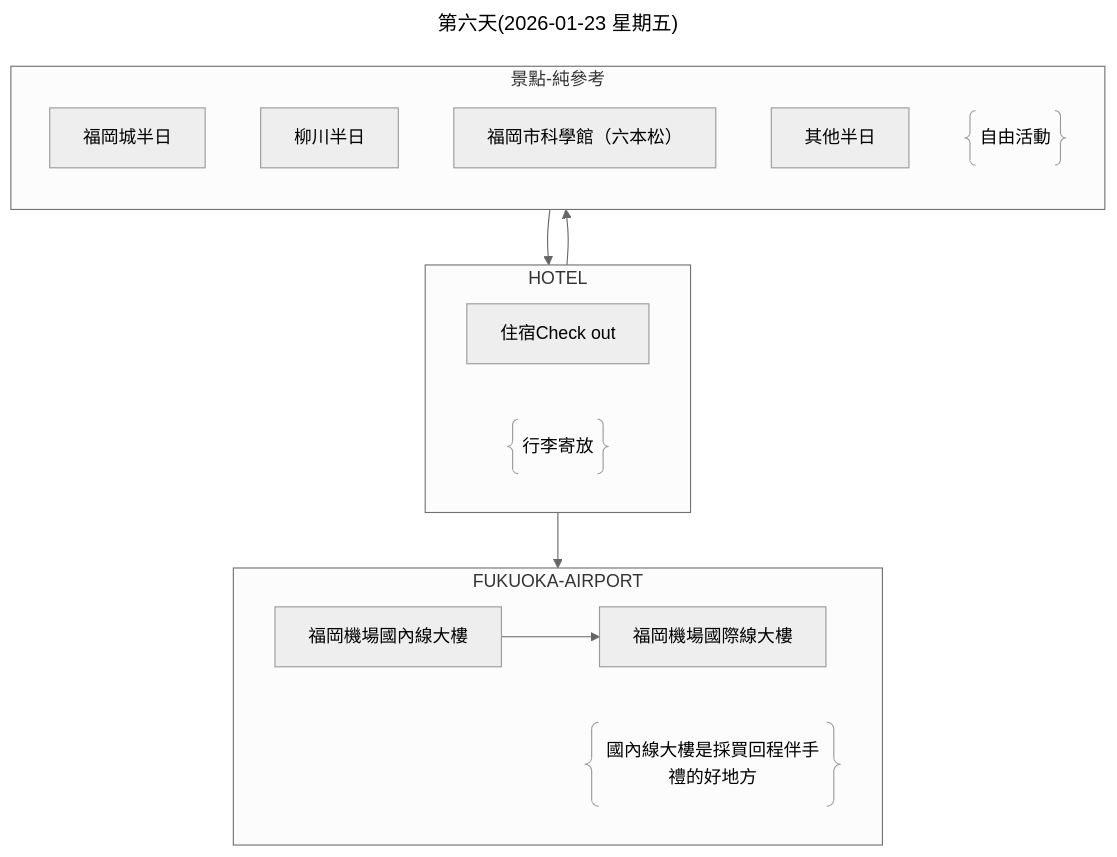
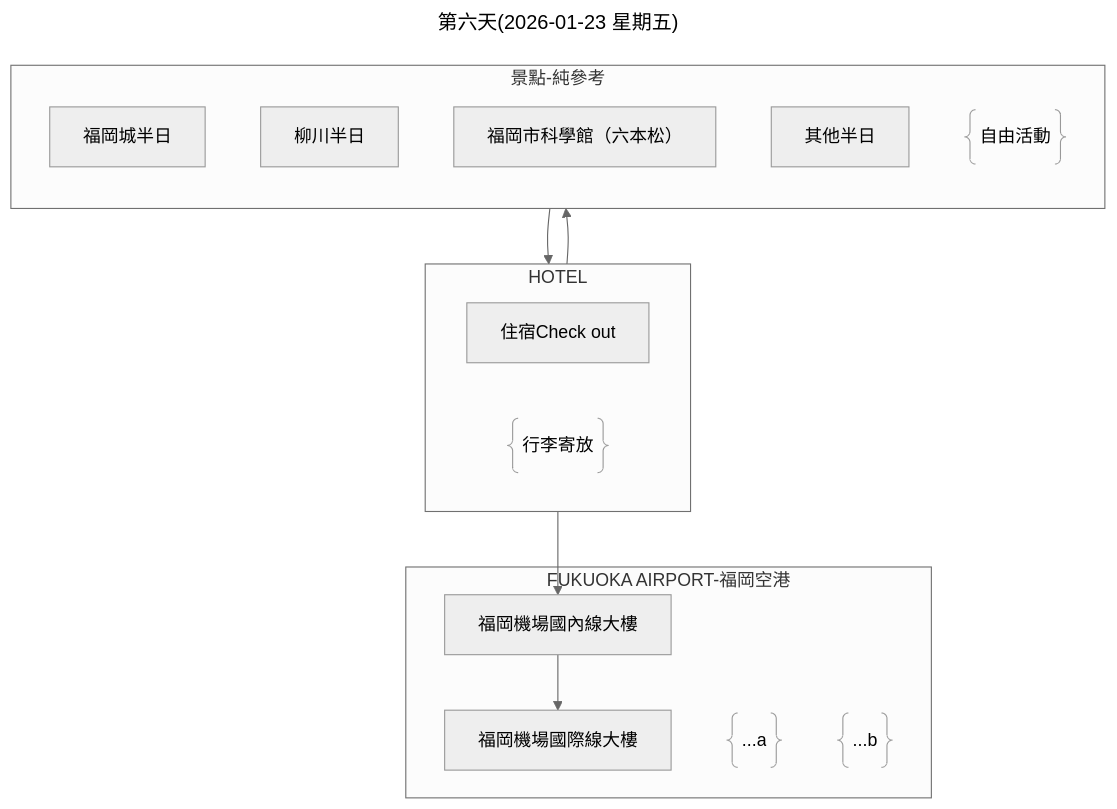
One commit to Shuming-Yang/2026-January-Trip changed the sixth of 6 diagrams in 行程規劃A.md. Above: the diagram before and after it, drawn with Mermaid (neutral theme).

````diff
--- a/行程規劃A.md
+++ b/行程規劃A.md
@@ -272,28 +272,28 @@
 ```mermaid
 ---
 title: 第六天(2026-01-23 星期五)
 ---
 flowchart
     subgraph HOTEL
         A[住宿Check out]
         A1@{ shape: braces, label: "行李寄放"}
     end
     subgraph 景點-純參考
         direction TB
         B1[福岡城半日]
         B2[柳川半日]
         B3[福岡市科學館（六本松）]
         B4[其他半日]
         BB@{ shape: braces, label: "自由活動"}
     end
-    subgraph FUKUOKA-AIRPORT
-        direction LR
-        Z1[福岡機場國內線大樓]
-        Z2[福岡機場國際線大樓]
-        X@{ shape: braces, label: "國內線大樓是採買回程伴手禮的好地方" }
+    subgraph FUKUOKA AIRPORT-福岡空港
+        X[福岡機場國內線大樓]
+        Y[福岡機場國際線大樓]
+        XX@{ shape: braces, label: "...a" }
+        YY@{ shape: braces, label: "...b" }
     end
     HOTEL --> 景點-純參考
     景點-純參考 -->  HOTEL
-    HOTEL --> FUKUOKA-AIRPORT
-    Z1 --> Z2
+    HOTEL --> X
+    X --> Y
 ```
````
